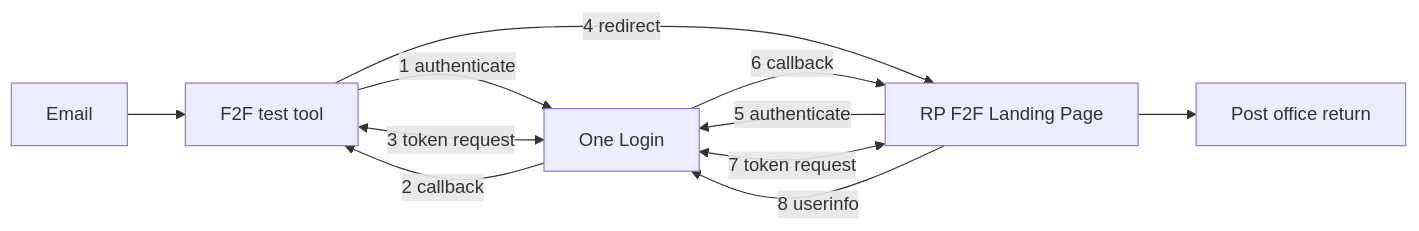
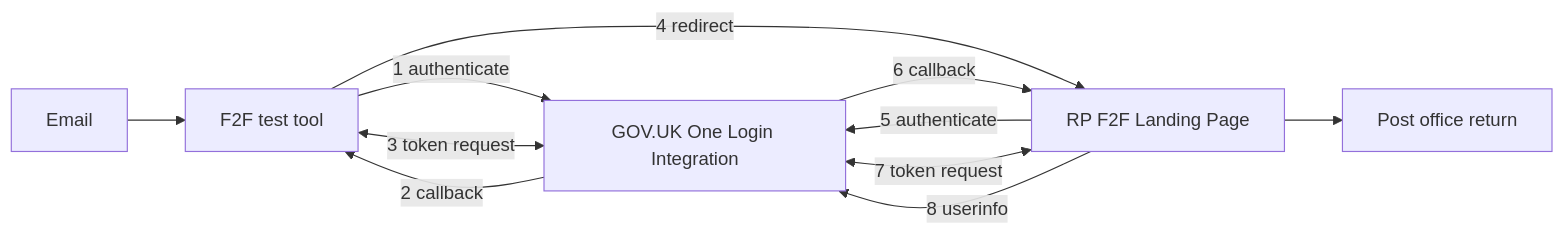
Before and after one commit to govuk-one-login/onboarding-examples: the first of 2 diagrams in tools/f2f-test/README.md, drawn with Mermaid. The commit also changed other lines of this file, not shown here.

````diff
--- a/tools/f2f-test/README.md
+++ b/tools/f2f-test/README.md
@@ -7,15 +7,15 @@
 ```mermaid
 
 flowchart LR
     A[Email] --> B[F2F test tool]
-    B --> | 1 authenticate | C[One Login]
+    B --> | 1 authenticate | C[GOV.UK One Login Integration]
     C --> | 2 callback | B
     B <--> | 3 token request | C
     B --> | 4 redirect | D[RP F2F Landing Page]
     D --> | 5 authenticate | C
     C --> | 6 callback | D
     D <--> | 7 token request | C
     D --> | 8 userinfo | C
     D --> E[Post office return]
 
 ```
````
